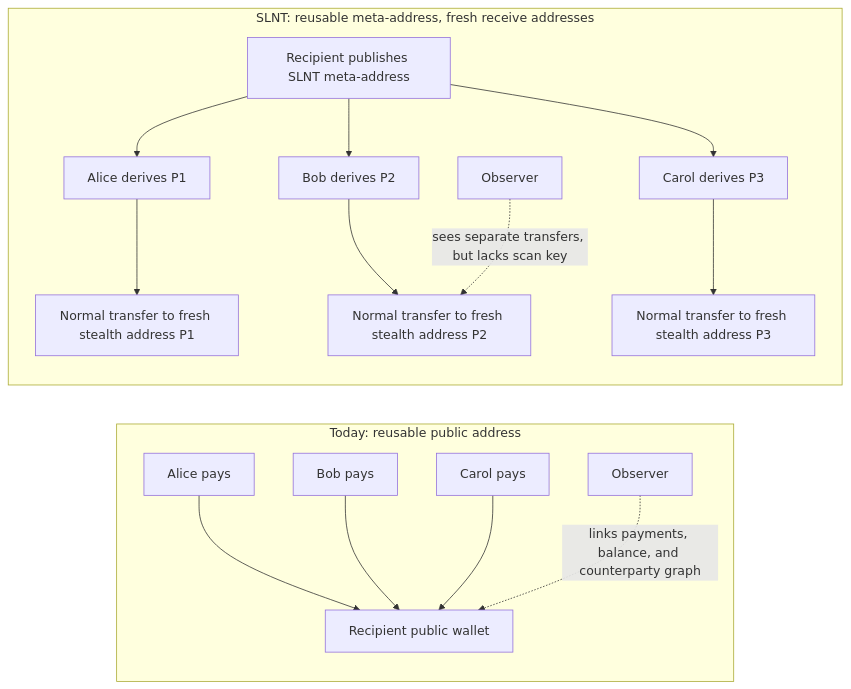
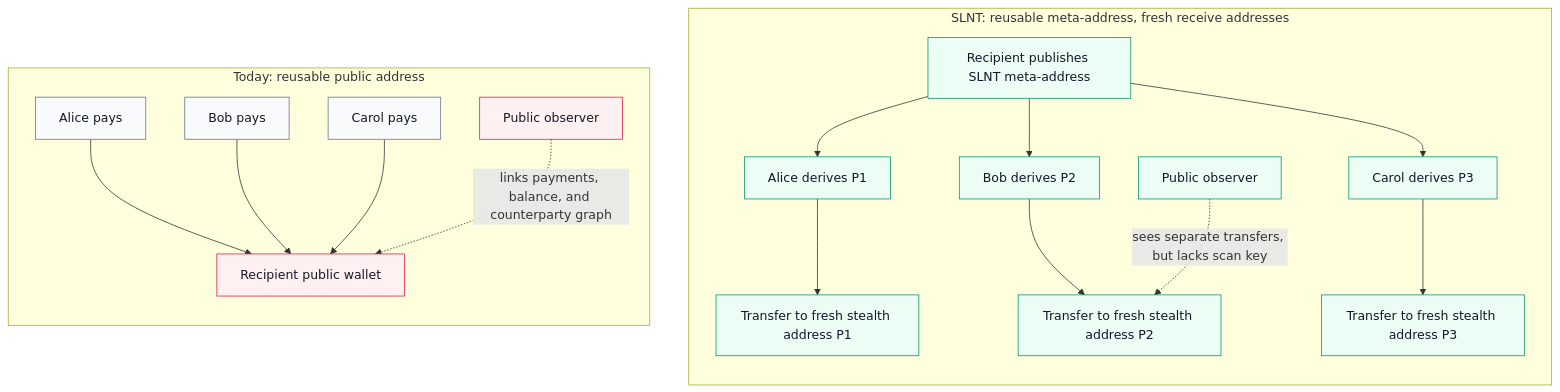
The first of 2 diagrams in RFC.md (susruth/slnt), drawn with Mermaid before and after one commit.

Commit message:
Refactor flowchart labels in RFC.md
Updated flowchart labels in RFC.md for clarity and consistency.

````diff
--- a/RFC.md
+++ b/RFC.md
@@ -18,22 +18,34 @@
 ```mermaid
 flowchart LR
-  subgraph today["Today: reusable public address"]
+  subgraph TODAY["Today: reusable public address"]
     direction TB
     A1["Alice pays"] --> W["Recipient public wallet"]
     B1["Bob pays"] --> W
     C1["Carol pays"] --> W
-    O1["Observer"] -. "links payments, balance, and counterparty graph" .-> W
+    O1["Public observer"] -. "links payments, balance, and counterparty graph" .-> W
   end
 
-  subgraph slnt["SLNT: reusable meta-address, fresh receive addresses"]
+  subgraph SLNT["SLNT: reusable meta-address, fresh receive addresses"]
     direction TB
     M["Recipient publishes SLNT meta-address"]
     M --> A2["Alice derives P1"]
     M --> B2["Bob derives P2"]
     M --> C2["Carol derives P3"]
-    A2 --> P1["Normal transfer to fresh stealth address P1"]
-    B2 --> P2["Normal transfer to fresh stealth address P2"]
-    C2 --> P3["Normal transfer to fresh stealth address P3"]
-    O2["Observer"] -. "sees separate transfers, but lacks scan key" .-> P2
+
+    A2 --> P1["Transfer to fresh stealth address P1"]
+    B2 --> P2["Transfer to fresh stealth address P2"]
+    C2 --> P3["Transfer to fresh stealth address P3"]
+
+    O2["Public observer"] -. "sees separate transfers, but lacks scan key" .-> P2
   end
+
+  TODAY ~~~ SLNT
+
+  classDef problem fill:#fff1f2,stroke:#e11d48,color:#111827;
+  classDef slnt fill:#ecfdf5,stroke:#059669,color:#111827;
+  classDef neutral fill:#f8fafc,stroke:#64748b,color:#111827;
+
+  class W,O1 problem;
+  class M,A2,B2,C2,P1,P2,P3,O2 slnt;
+  class A1,B1,C1 neutral;
 ```
````
